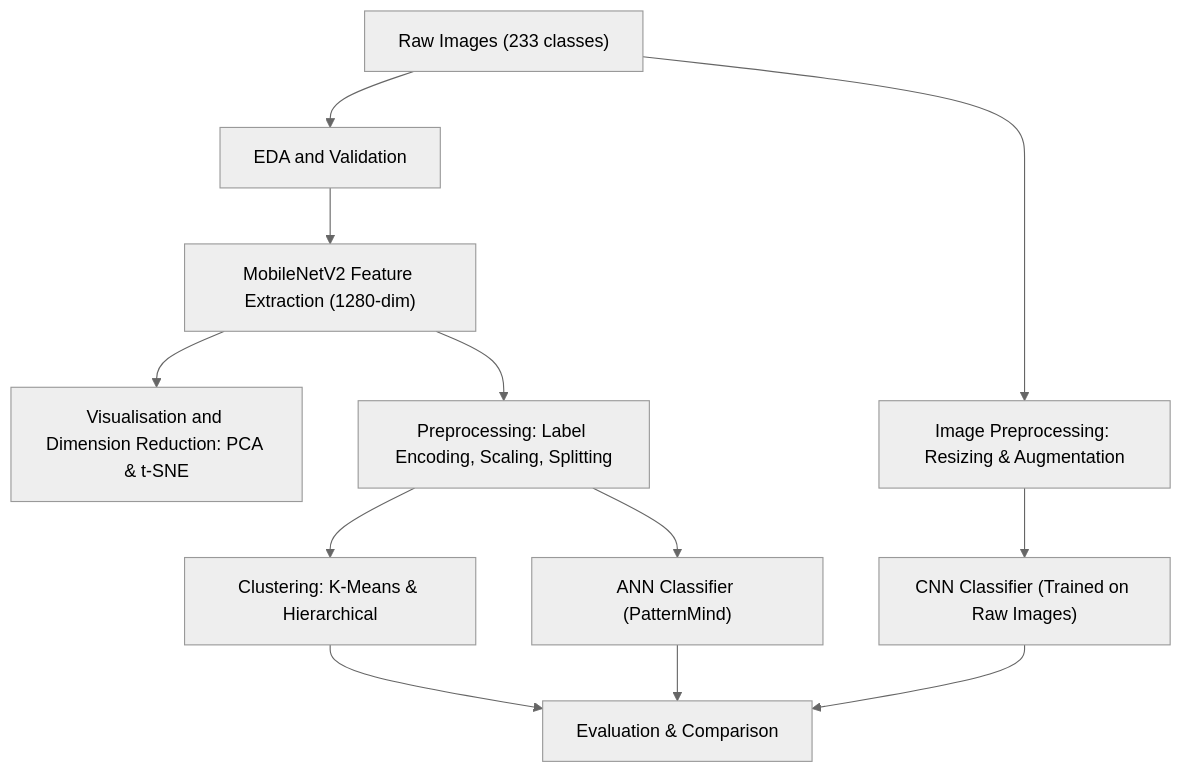
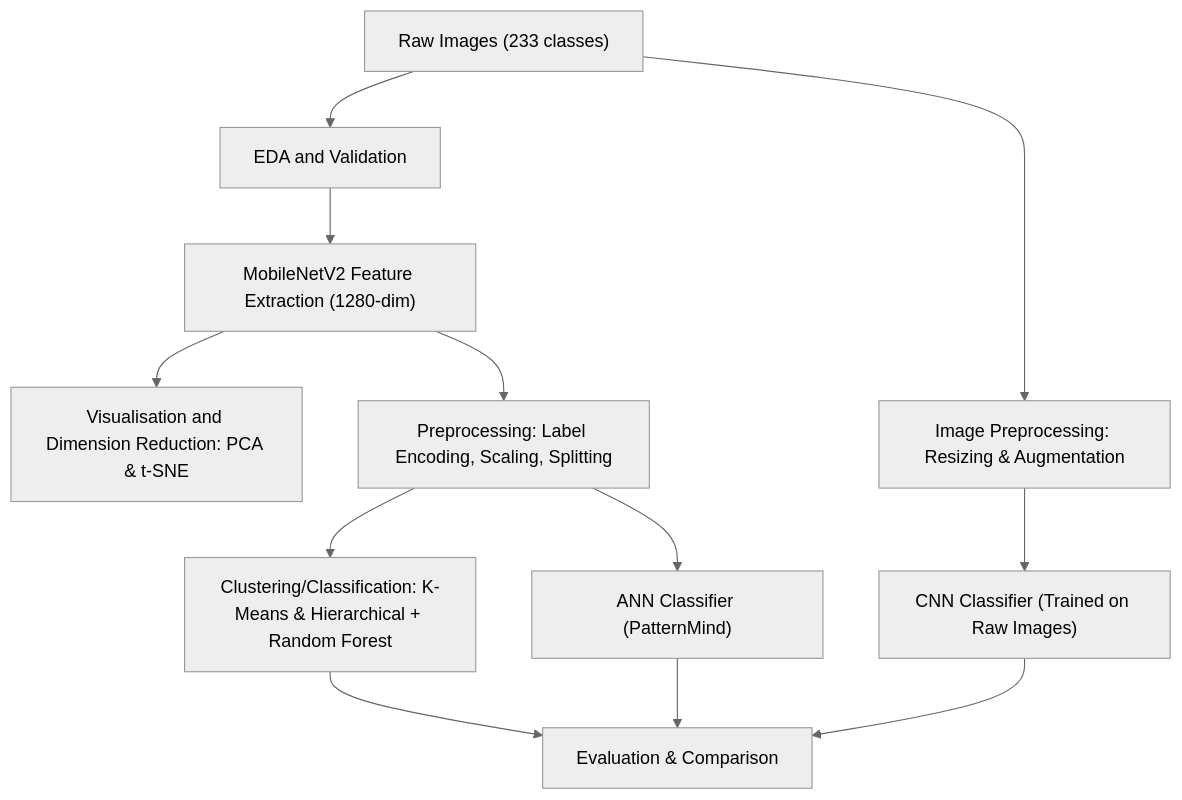
The diagram in README.md (alcelaser/ML-Project-321991), drawn with Mermaid (neutral theme) before and after one commit.

Commit message:
forgot random forest :(

````diff
--- a/README.md
+++ b/README.md
@@ -76,20 +76,20 @@
 ```mermaid
 flowchart TD
 
 A["Raw Images (233 classes)"] --> B["EDA and Validation"]
 
 B --> C["MobileNetV2 Feature Extraction (1280-dim)"]
 
 C --> D1["Visualisation and Dimension Reduction: PCA & t-SNE"]
 C --> D2["Preprocessing: Label Encoding, Scaling, Splitting"]
 
-D2 --> E1["Clustering: K-Means & Hierarchical"]
+D2 --> E1["Clustering/Classification: K-Means & Hierarchical + Random Forest"]
 D2 --> E2["ANN Classifier (PatternMind)"]
 
 A --> F["Image Preprocessing: Resizing & Augmentation"]
 F --> G["CNN Classifier (Trained on Raw Images)"]
 
 E1 --> H["Evaluation & Comparison"]
 E2 --> H
 G --> H
 ```
````
